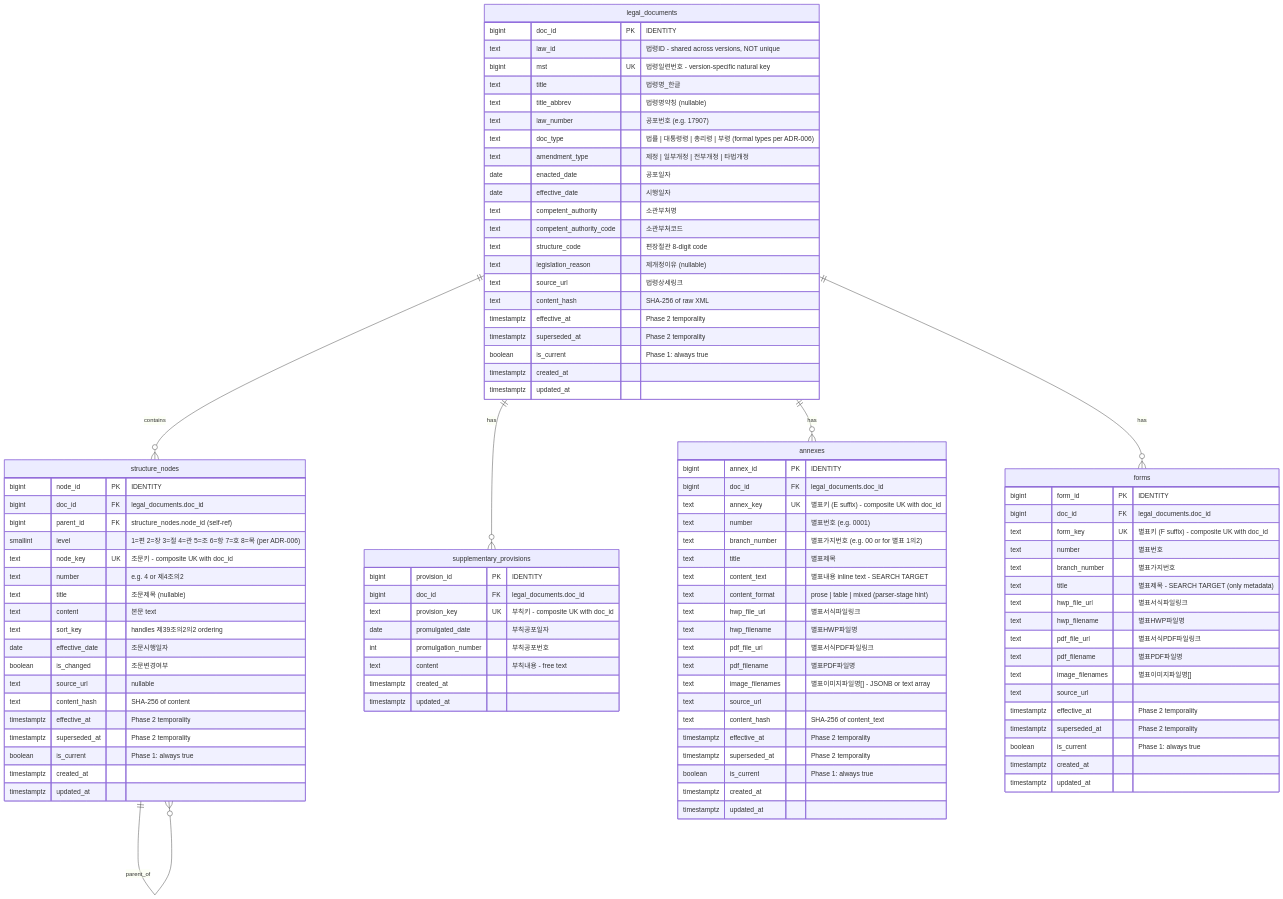
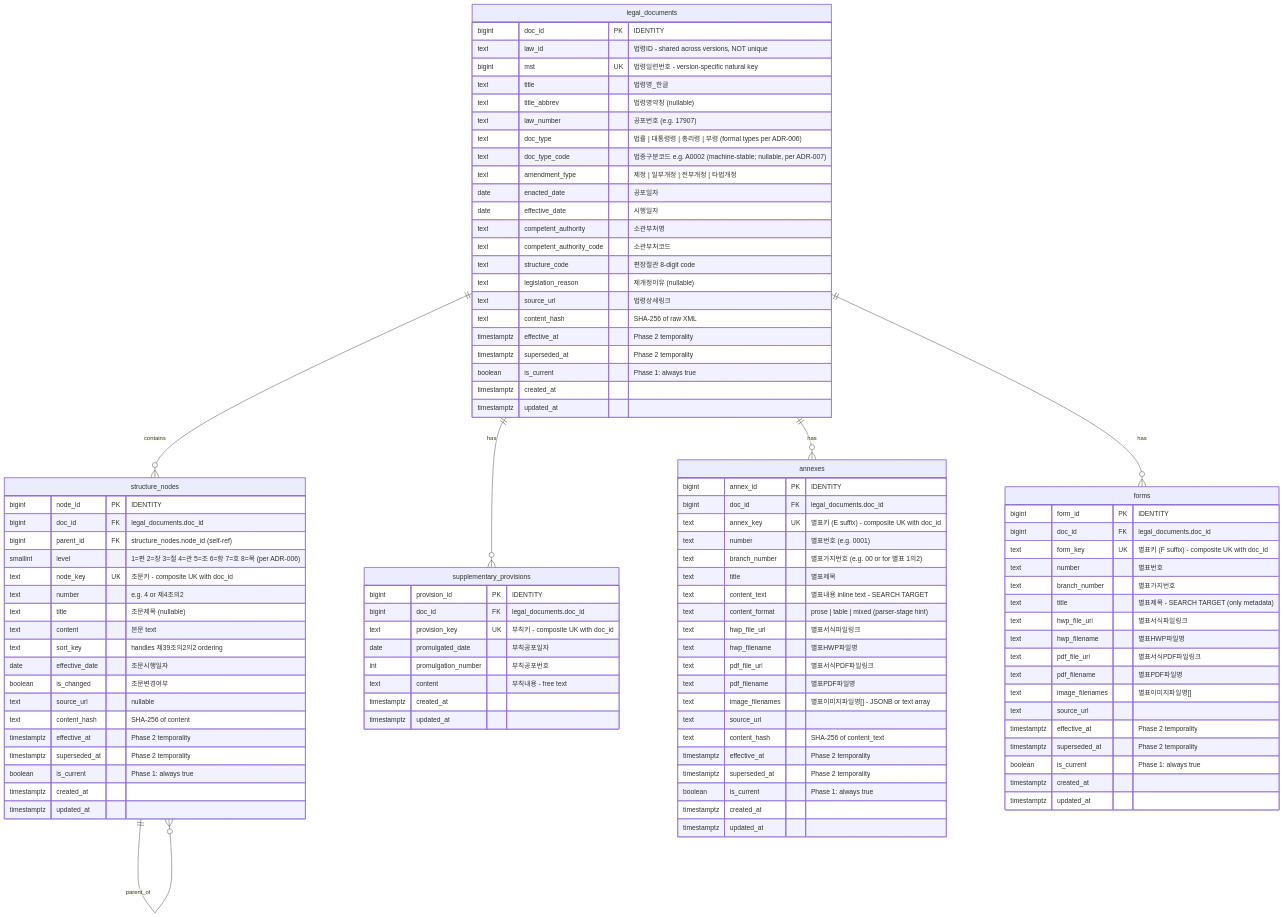
One commit to seheon99/korean-legal-retrieval-engine changed the diagram in docs/legal-erd-draft.md. Above: the diagram before and after it, drawn with Mermaid. The commit also changed other lines of this file and 2 other files, not shown here.

```diff
--- a/docs/legal-erd-draft.md
+++ b/docs/legal-erd-draft.md
@@ -34,6 +34,7 @@
         text title_abbrev "법령명약칭 (nullable)"
         text law_number "공포번호 (e.g. 17907)"
         text doc_type "법률 | 대통령령 | 총리령 | 부령 (formal types per ADR-006)"
+        text doc_type_code "법종구분코드 e.g. A0002 (machine-stable; nullable, per ADR-007)"
         text amendment_type "제정 | 일부개정 | 전부개정 | 타법개정"
         date enacted_date "공포일자"
         date effective_date "시행일자"
```
